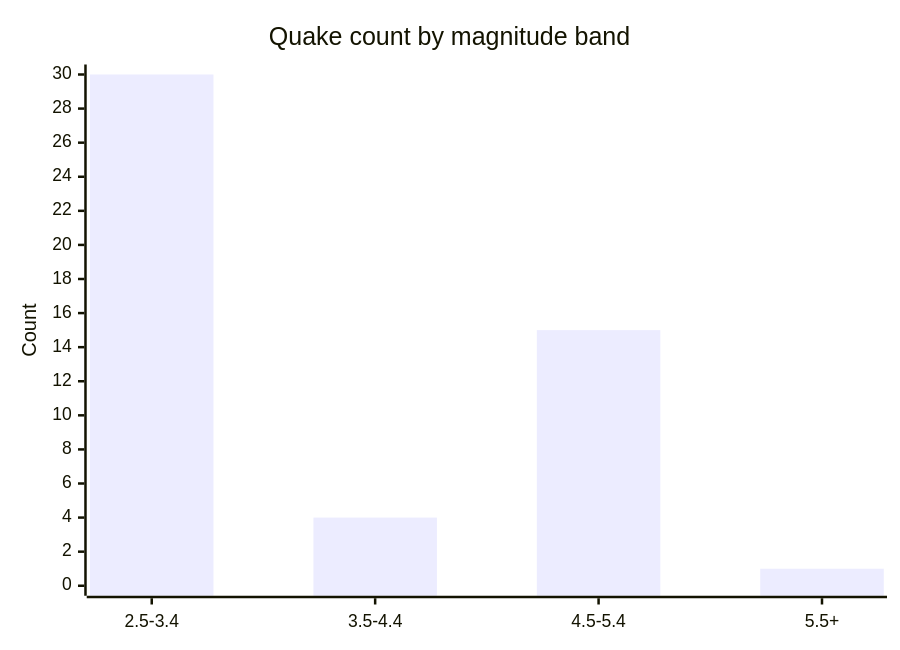
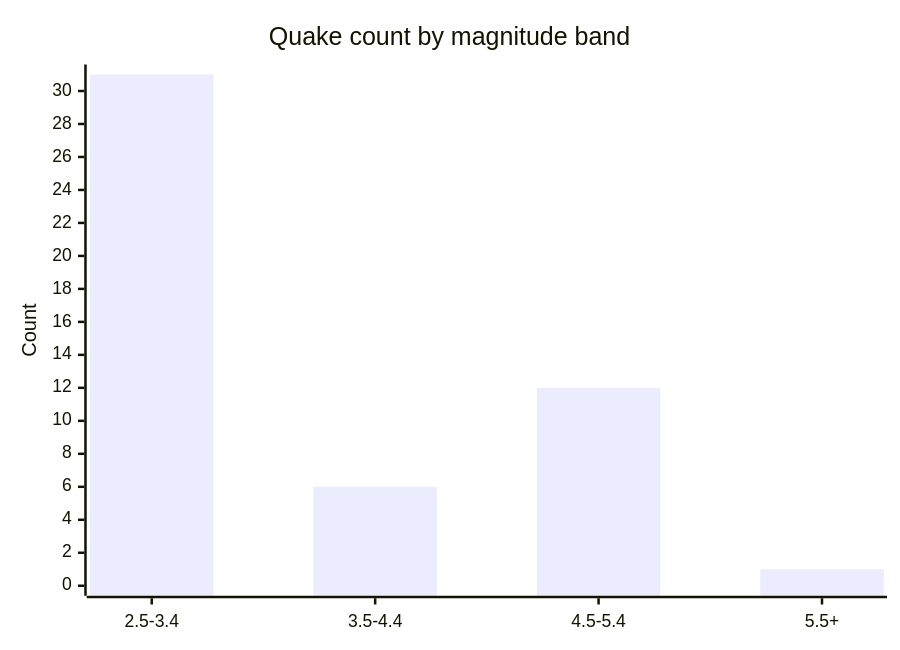
Before and after one commit to Midwest-Stratospheric/aerostratospheric-defense-gir: the fifth of 6 diagrams in docs/GRAPHS.md, drawn with Mermaid. The commit also changed other lines of this file and 26 other files, not shown here.

````diff
--- a/docs/GRAPHS.md
+++ b/docs/GRAPHS.md
@@ -82,7 +82,7 @@
 ```mermaid
 xychart-beta
   title "Quake count by magnitude band"
   x-axis ["2.5-3.4", "3.5-4.4", "4.5-5.4", "5.5+"]
-  y-axis "Count" 0 --> 30
-  bar [30, 4, 15, 1]
+  y-axis "Count" 0 --> 31
+  bar [31, 6, 12, 1]
 ```
````
